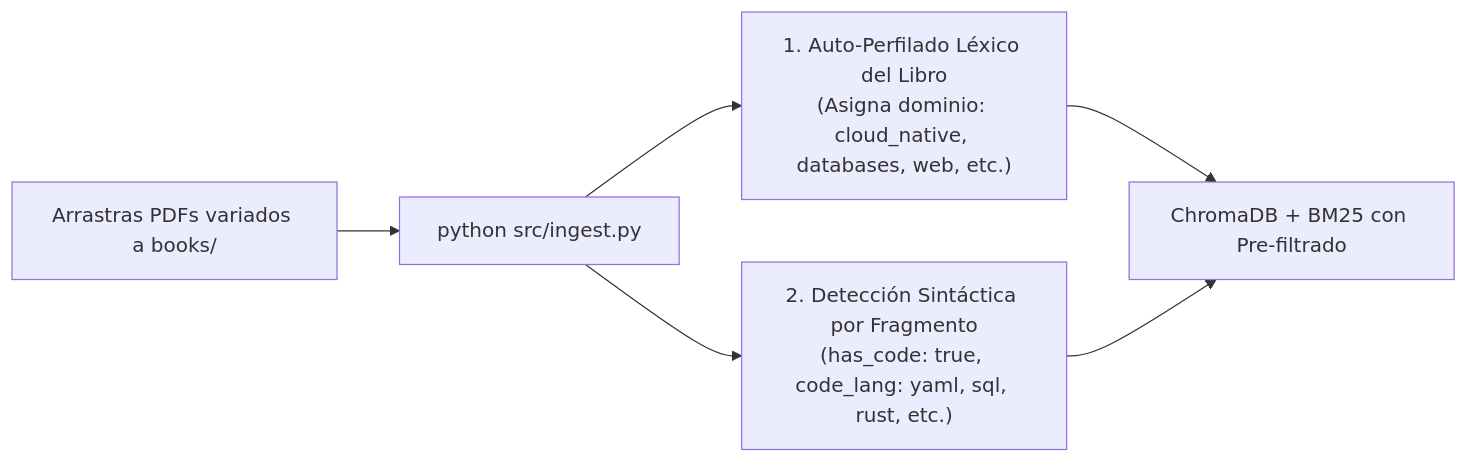
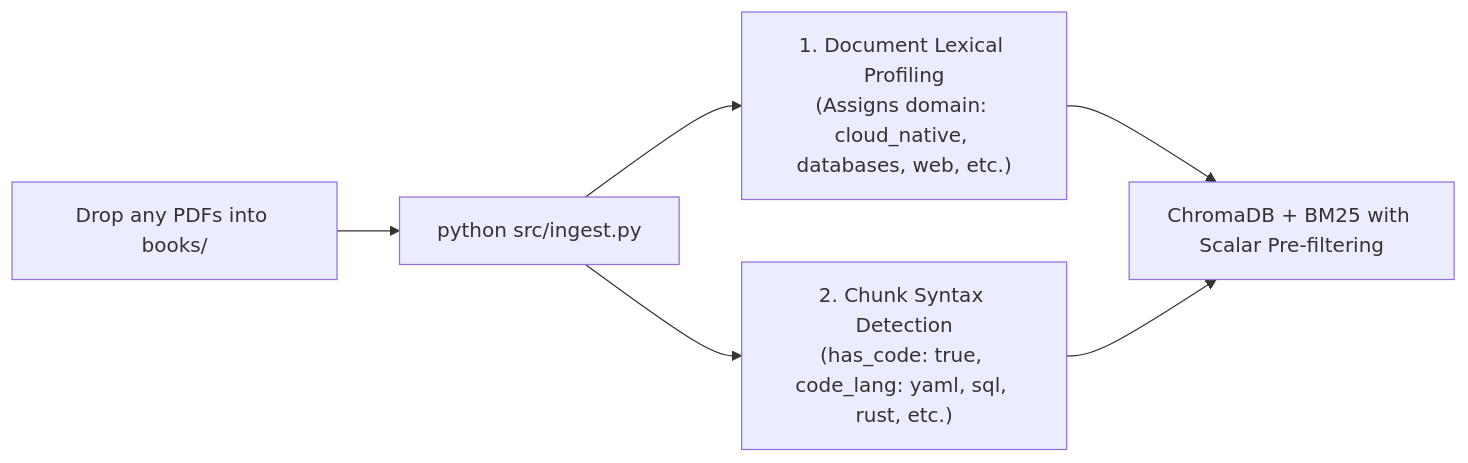
One commit to villadalmine/rag-tutor changed the diagram in README.md. Above: the diagram before and after it, drawn with Mermaid. The commit also changed other lines of this file and 5 other files, not shown here.

````diff
--- a/README.md
+++ b/README.md
@@ -73,7 +73,7 @@
 ```mermaid
 flowchart LR
-    A["Arrastras PDFs variados a books/"] --> B["python src/ingest.py"]
-    B --> C["1. Auto-Perfilado Léxico del Libro\n(Asigna dominio: cloud_native, databases, web, etc.)"]
-    B --> D["2. Detección Sintáctica por Fragmento\n(has_code: true, code_lang: yaml, sql, rust, etc.)"]
-    C & D --> E["ChromaDB + BM25 con Pre-filtrado"]
+    A["Drop any PDFs into books/"] --> B["python src/ingest.py"]
+    B --> C["1. Document Lexical Profiling\n(Assigns domain: cloud_native, databases, web, etc.)"]
+    B --> D["2. Chunk Syntax Detection\n(has_code: true, code_lang: yaml, sql, rust, etc.)"]
+    C & D --> E["ChromaDB + BM25 with Scalar Pre-filtering"]
 ```
````
